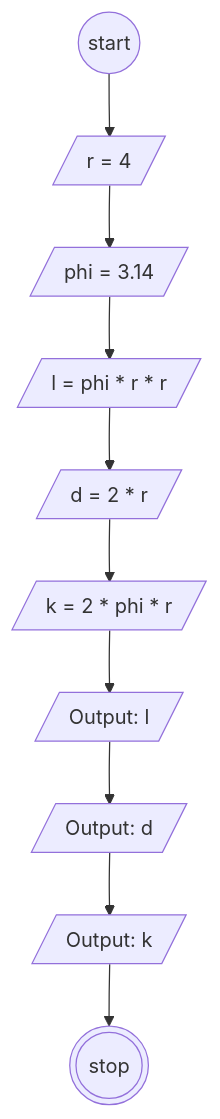
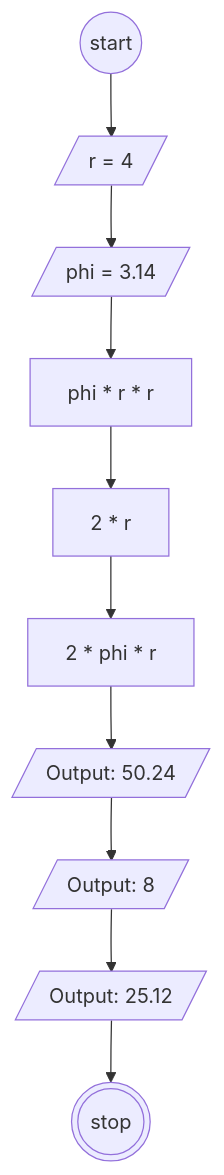
The diagram in README.md (AbiPasundan/koda-b6-javascript1), drawn with Mermaid before and after one commit.

````diff
--- a/README.md
+++ b/README.md
@@ -16,19 +16,19 @@
 ```mermaid
 flowchart TB
  Start@{ shape: circ, label: "start"}
  r@{ shape: lean-r, label: "r = 4"}
  phi@{ shape: lean-r, label: "phi = 3.14"}
 
 
- l@{ shape: lean-r, label: "l = phi * r * r "}
- d@{ shape: lean-r, label: "d = 2 * r "}
- k@{ shape: lean-r, label: "k = 2 * phi * r "}
+ l@{ shape: rect, label: "phi * r * r "}
+ d@{ shape: rect, label: "2 * r "}
+ k@{ shape: rect, label: "2 * phi * r "}
 
 
- OutputL@{ shape: lean-r, label: "Output: l"}
- OutputD@{ shape: lean-r, label: "Output: d"}
- OutputK@{ shape: lean-r, label: "Output: k"}
+ OutputL@{ shape: lean-r, label: "Output: 50.24"}
+ OutputD@{ shape: lean-r, label: "Output: 8"}
+ OutputK@{ shape: lean-r, label: "Output: 25.12"}
  Stop@{ shape: dbl-circ, label: "stop"}
 
 Start-->r-->phi-->l-->d-->k-->OutputL-->OutputD-->OutputK-->Stop
 ```
````
